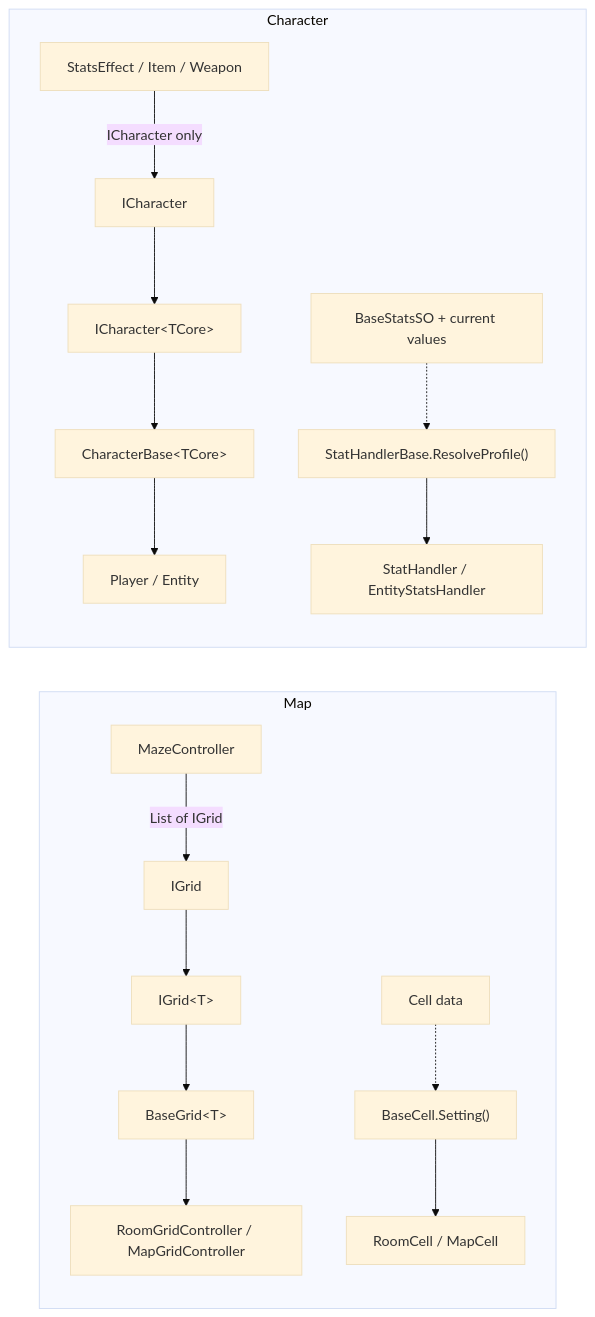
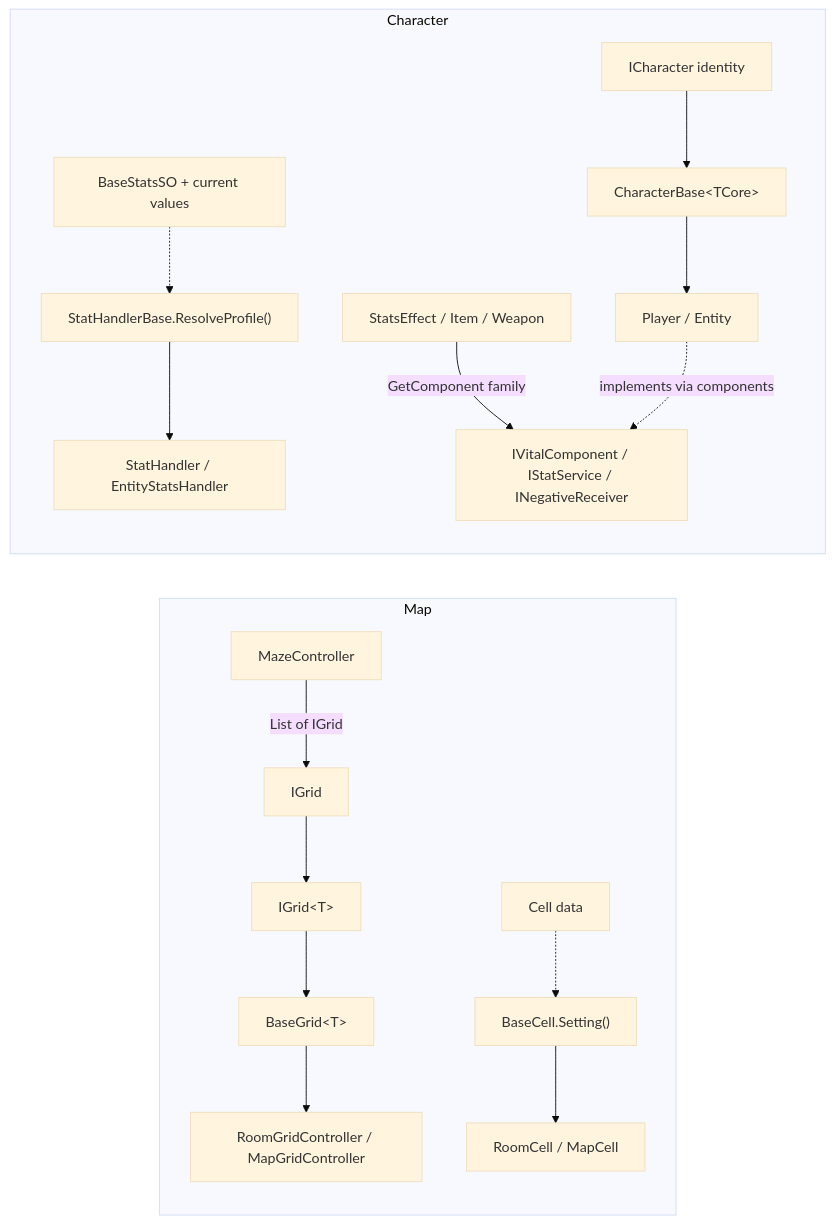
Before and after one commit to kay6198835/Game-RPG: the third of 8 diagrams in docs/diagrams/character-architecture-diagrams.md, drawn with Mermaid (base theme). The commit also changed other lines of this file and 28 other files, not shown here.

First line of the commit message:
refactor(character): ICharacter is identity only (ADR-0005 Amendment 1)

````diff
--- a/docs/diagrams/character-architecture-diagrams.md
+++ b/docs/diagrams/character-architecture-diagrams.md
@@ -102,15 +112,16 @@
 ```mermaid
 flowchart LR
     subgraph Map
       IG[IGrid] --> IGT["IGrid&lt;T&gt;"] --> BG["BaseGrid&lt;T&gt;"] --> RG[RoomGridController / MapGridController]
       BC["BaseCell.Setting()"] --> RC[RoomCell / MapCell]
       C[Cell data] -.-> BC
       MC[MazeController] -->|List of IGrid| IG
     end
     subgraph Character
-      IC[ICharacter] --> ICT["ICharacter&lt;TCore&gt;"] --> CB["CharacterBase&lt;TCore&gt;"] --> PE[Player / Entity]
+      IC[ICharacter identity] --> CB["CharacterBase&lt;TCore&gt;"] --> PE[Player / Entity]
       SB["StatHandlerBase.ResolveProfile()"] --> SH[StatHandler / EntityStatsHandler]
       SO[BaseStatsSO + current values] -.-> SB
-      SYS[StatsEffect / Item / Weapon] -->|ICharacter only| IC
+      SYS[StatsEffect / Item / Weapon] -->|GetComponent family| IFC[IVitalComponent / IStatService / INegativeReceiver]
+      PE -.implements via components.-> IFC
     end
 ```
````
